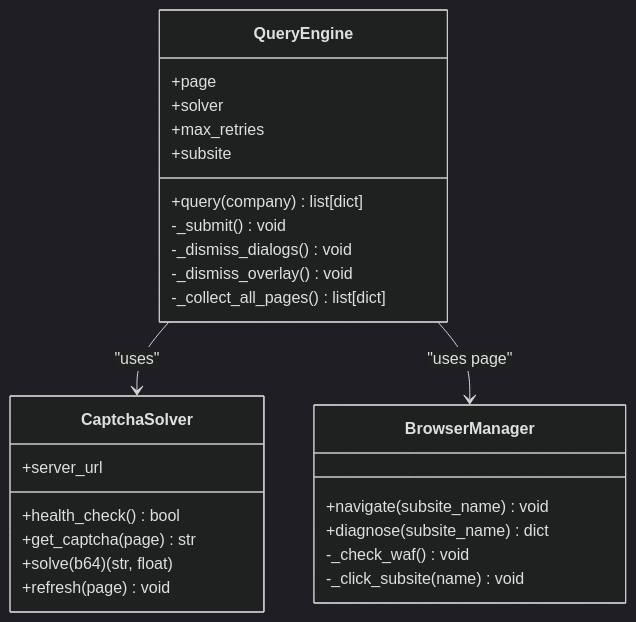
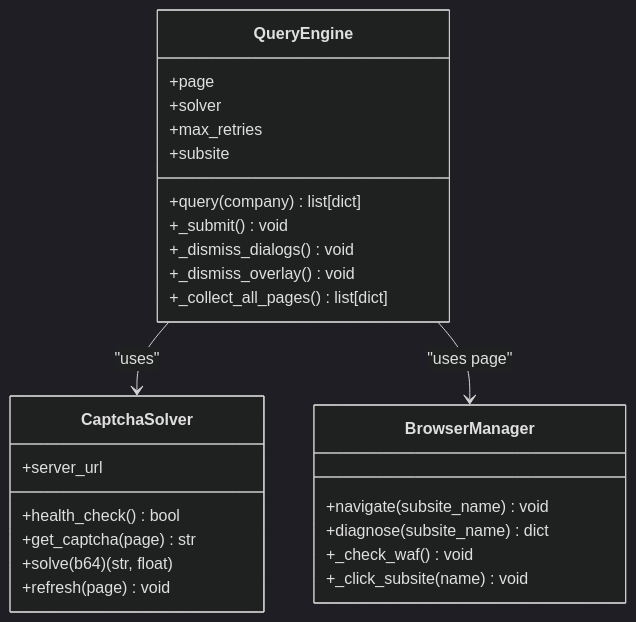
One commit to supotato-ipj/zxgk_auto_query-skill changed the third of 10 diagrams in .qoder/repowiki/en/content/Core Architecture/Query Engine.md. Above: the diagram before and after it, drawn with Mermaid (dark theme). The commit also changed other lines of this file and 24 other files, not shown here.

````diff
--- a/.qoder/repowiki/en/content/Core Architecture/Query Engine.md
+++ b/.qoder/repowiki/en/content/Core Architecture/Query Engine.md
@@ -155,29 +161,29 @@
 ```mermaid
 classDiagram
 class QueryEngine {
 +page
 +solver
 +max_retries
 +subsite
 +query(company) list[dict]
--_submit() void
--_dismiss_dialogs() void
--_dismiss_overlay() void
--_collect_all_pages() list[dict]
++_submit() void
++_dismiss_dialogs() void
++_dismiss_overlay() void
++_collect_all_pages() list[dict]
 }
 class CaptchaSolver {
 +server_url
 +health_check() bool
 +get_captcha(page) str
 +solve(b64) (str, float)
 +refresh(page) void
 }
 class BrowserManager {
 +navigate(subsite_name) void
 +diagnose(subsite_name) dict
--_check_waf() void
--_click_subsite(name) void
++_check_waf() void
++_click_subsite(name) void
 }
 QueryEngine --> CaptchaSolver : "uses"
 QueryEngine --> BrowserManager : "uses page"
 ```
````
